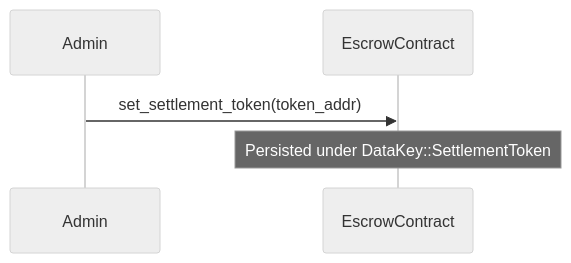
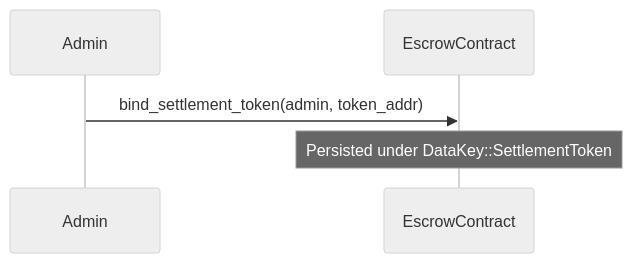
The first of 4 diagrams in docs/escrow/settlement.md (Emelie-Dev/Talenttrust-Contracts), drawn with Mermaid (neutral theme) before and after one commit. The commit also changed other lines of this file and 3 other files, not shown here.

Commit message:
refactor(settlement-token): collapse dual token binders into one guarded path (#767)

````diff
--- a/docs/escrow/settlement.md
+++ b/docs/escrow/settlement.md
@@ -19,7 +19,7 @@
 ```mermaid
 sequenceDiagram
     participant Admin
     participant EscrowContract
-    Admin->>EscrowContract: set_settlement_token(token_addr)
+    Admin->>EscrowContract: bind_settlement_token(admin, token_addr)
     Note over EscrowContract: Persisted under DataKey::SettlementToken
 ```
````
